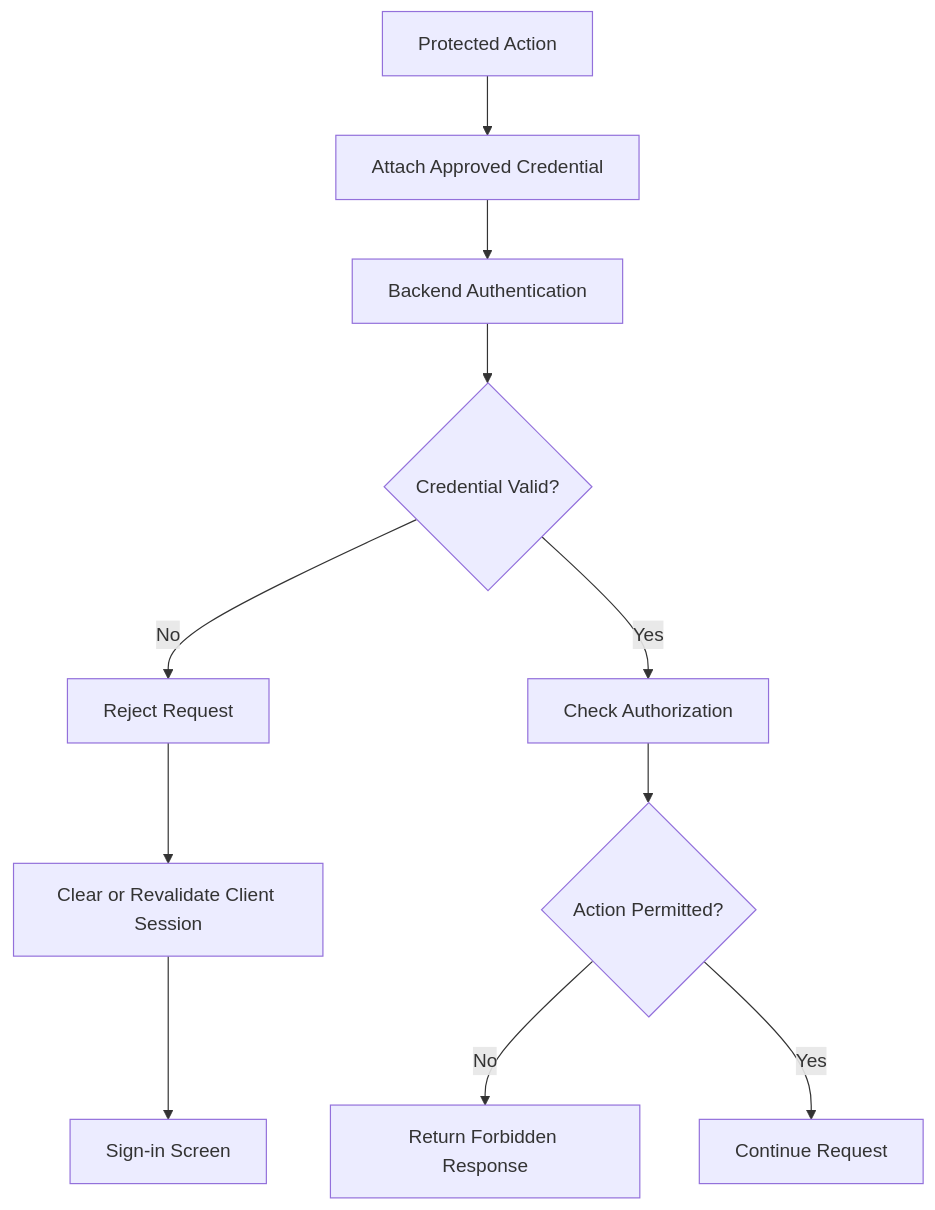
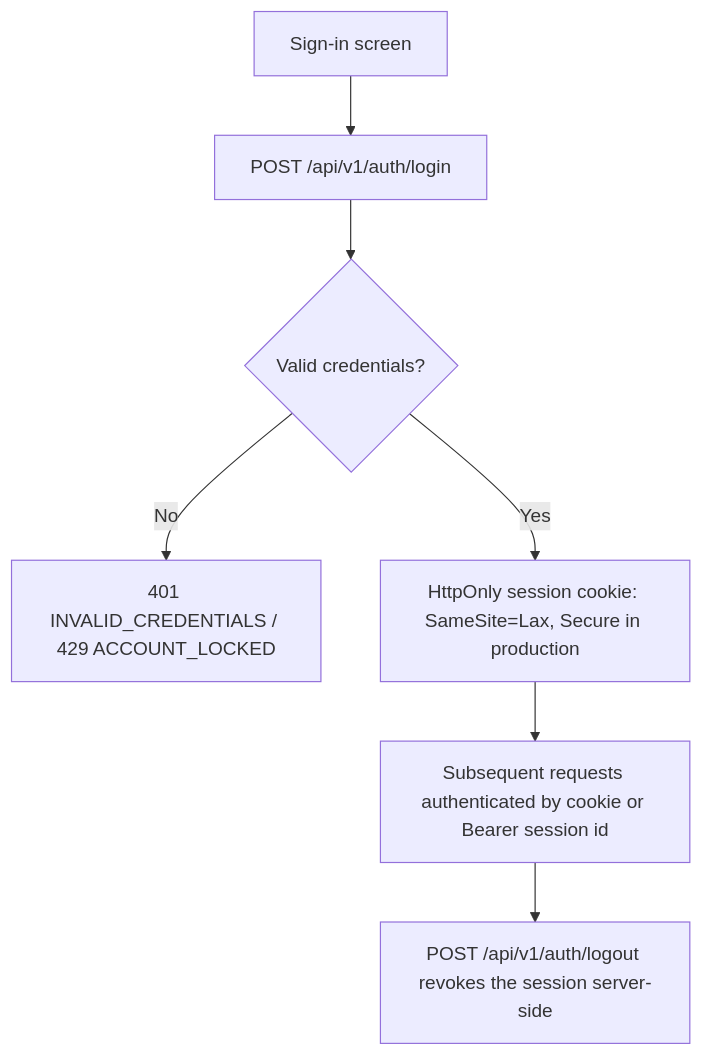
The diagram in docs/product/flows/AUTHENTICATION_FLOW.md (shubhamown01/MyFarmAI), drawn with Mermaid before and after one commit. The commit also changed other lines of this file and 73 other files, not shown here.

First line of the commit message:
feat(backend): Phase 3 auth/security + Phase 4 AI gateway, model registry, evals

````diff
--- a/docs/product/flows/AUTHENTICATION_FLOW.md
+++ b/docs/product/flows/AUTHENTICATION_FLOW.md
@@ -47,13 +20,9 @@
 ```mermaid
 flowchart TD
-    A[Protected Action] --> B[Attach Approved Credential]
-    B --> C[Backend Authentication]
-    C --> D{Credential Valid?}
-    D -- No --> E[Reject Request]
-    E --> F[Clear or Revalidate Client Session]
-    F --> G[Sign-in Screen]
-    D -- Yes --> H[Check Authorization]
-    H --> I{Action Permitted?}
-    I -- No --> J[Return Forbidden Response]
-    I -- Yes --> K[Continue Request]
+    A[Sign-in screen] --> B[POST /api/v1/auth/login]
+    B --> C{Valid credentials?}
+    C -- No --> D[401 INVALID_CREDENTIALS / 429 ACCOUNT_LOCKED]
+    C -- Yes --> E[HttpOnly session cookie: SameSite=Lax, Secure in production]
+    E --> F[Subsequent requests authenticated by cookie or Bearer session id]
+    F --> G[POST /api/v1/auth/logout revokes the session server-side]
 ```
````
